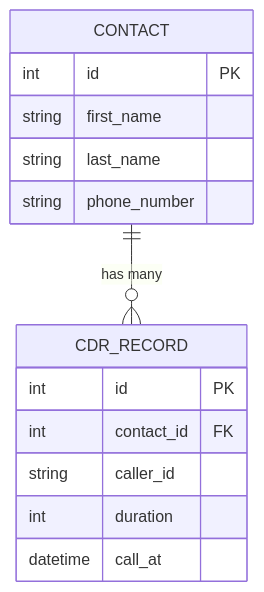
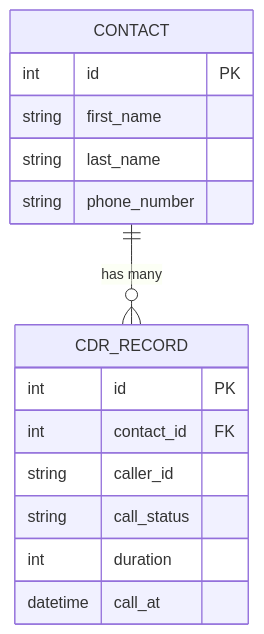
One commit to greg0rys/PhoneLog changed the first of 2 diagrams in README.md. Above: the diagram before and after it, drawn with Mermaid.

````diff
--- a/README.md
+++ b/README.md
@@ -17,17 +17,18 @@
 ```mermaid
 erDiagram
     CONTACT ||--o{ CDR_RECORD : "has many"
     CONTACT {
         int id PK
         string first_name
         string last_name
         string phone_number
     }
     CDR_RECORD {
         int id PK
         int contact_id FK
         string caller_id
+        string call_status
         int duration
         datetime call_at
     }
 ```
````
